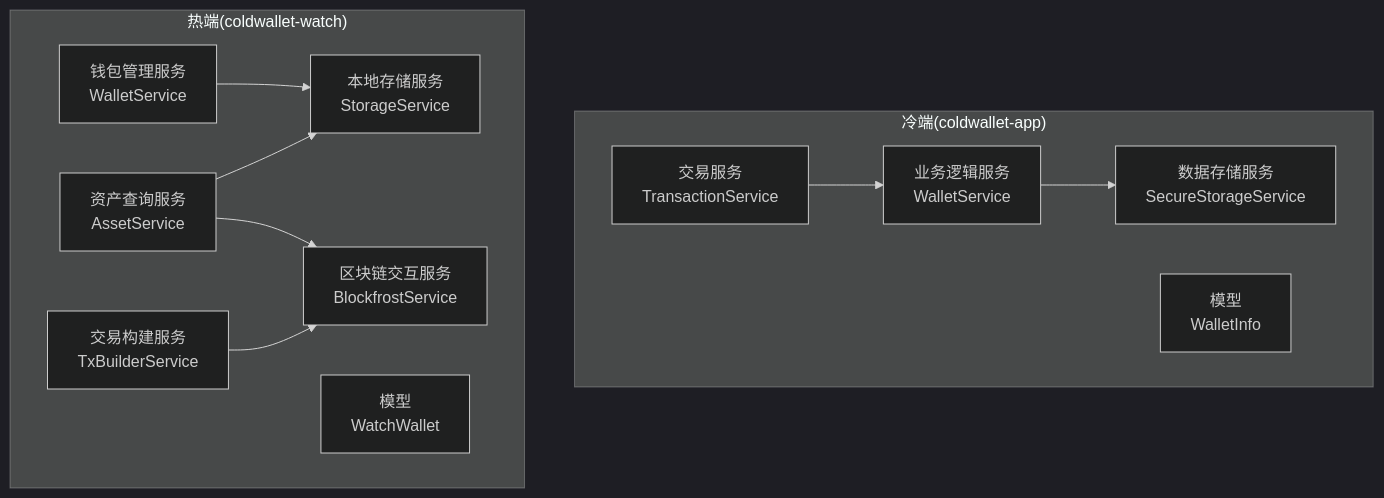
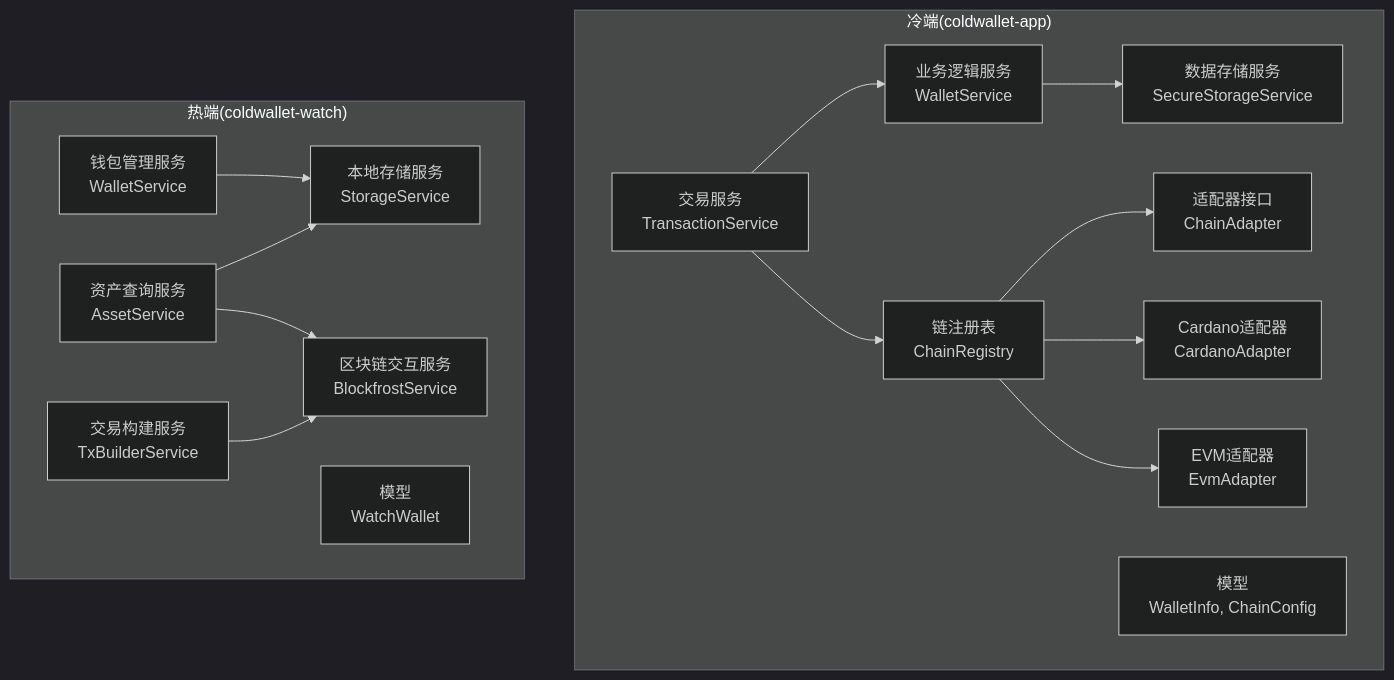
One commit to EqualToEthan/stasis changed the first of 7 diagrams in .qoder/repowiki/zh/content/架构设计/服务层架构.md. Above: the diagram before and after it, drawn with Mermaid (dark theme). The commit also changed other lines of this file and 40 other files, not shown here.

````diff
--- a/.qoder/repowiki/zh/content/架构设计/服务层架构.md
+++ b/.qoder/repowiki/zh/content/架构设计/服务层架构.md
@@ -42,23 +56,31 @@
 ```mermaid
 graph TB
 subgraph "冷端(coldwallet-app)"
 A_Wallet["业务逻辑服务<br/>WalletService"]
 A_Store["数据存储服务<br/>SecureStorageService"]
 A_Tx["交易服务<br/>TransactionService"]
-A_Model["模型<br/>WalletInfo"]
+A_ChainReg["链注册表<br/>ChainRegistry"]
+A_Adapter["适配器接口<br/>ChainAdapter"]
+A_Cardano["Cardano适配器<br/>CardanoAdapter"]
+A_EVM["EVM适配器<br/>EvmAdapter"]
+A_Model["模型<br/>WalletInfo, ChainConfig"]
 end
 subgraph "热端(coldwallet-watch)"
 B_Wallet["钱包管理服务<br/>WalletService"]
 B_Storage["本地存储服务<br/>StorageService"]
 B_Blockfrost["区块链交互服务<br/>BlockfrostService"]
 B_Asset["资产查询服务<br/>AssetService"]
 B_TxBldr["交易构建服务<br/>TxBuilderService"]
 B_Model["模型<br/>WatchWallet"]
 end
 A_Wallet --> A_Store
 A_Tx --> A_Wallet
+A_Tx --> A_ChainReg
+A_ChainReg --> A_Adapter
+A_ChainReg --> A_Cardano
+A_ChainReg --> A_EVM
 B_Wallet --> B_Storage
 B_Asset --> B_Blockfrost
 B_Asset --> B_Storage
 B_TxBldr --> B_Blockfrost
 ```
````
